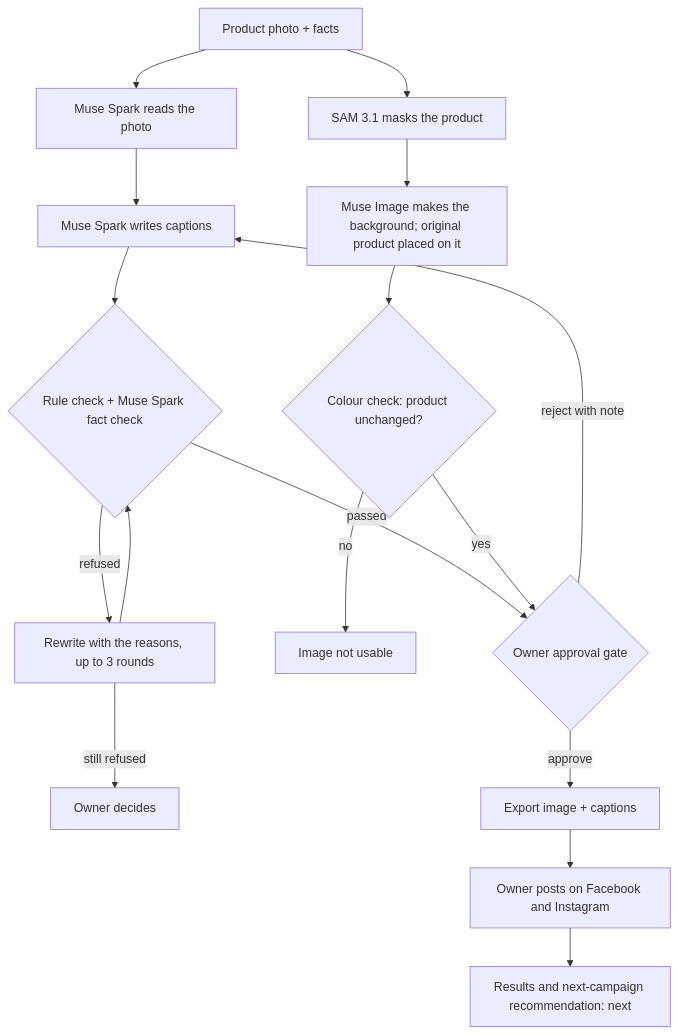
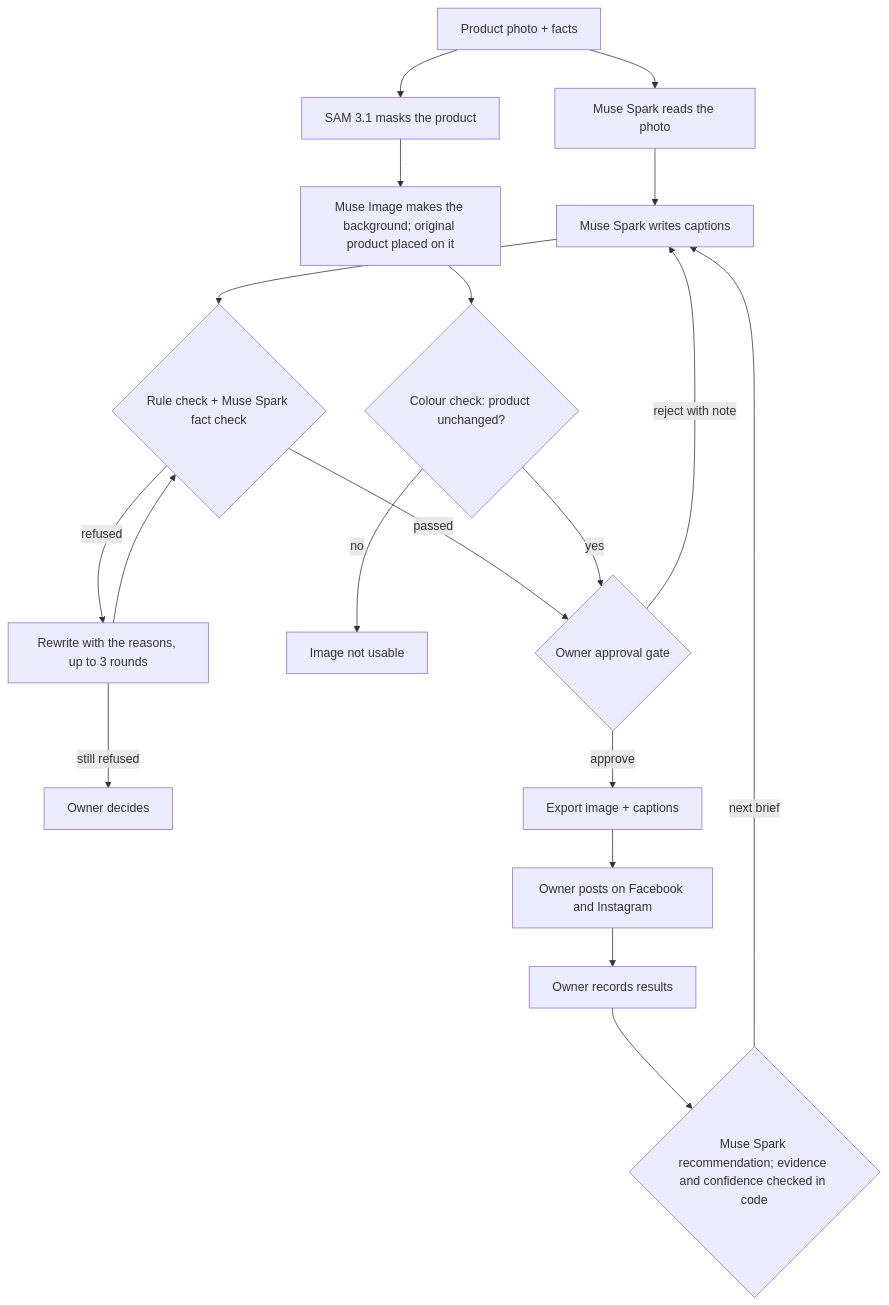
The diagram in README.md (ru14/muse-growthpilot), drawn with Mermaid before and after one commit. The commit also changed other lines of this file and 11 other files, not shown here.

First line of the commit message:
Add results recording and checked next-campaign recommendations

````diff
--- a/README.md
+++ b/README.md
@@ -76,18 +76,20 @@
 ```mermaid
 flowchart TD
     P[Product photo + facts] --> A[Muse Spark reads the photo]
     A --> C[Muse Spark writes captions]
     C --> V{Rule check + Muse Spark fact check}
     V -- refused --> R[Rewrite with the reasons, up to 3 rounds] --> V
     R -- still refused --> O[Owner decides]
     P --> S[SAM 3.1 masks the product]
     S --> I[Muse Image makes the background; original product placed on it]
     I --> K{Colour check: product unchanged?}
     K -- no --> X[Image not usable]
     V -- passed --> G{Owner approval gate}
     K -- yes --> G
     G -- reject with note --> C
     G -- approve --> E[Export image + captions]
     E --> Post[Owner posts on Facebook and Instagram]
-    Post --> M[Results and next-campaign recommendation: next]
+    Post --> M[Owner records results]
+    M --> N{Muse Spark recommendation; evidence and confidence checked in code}
+    N -- next brief --> C
 ```
````
